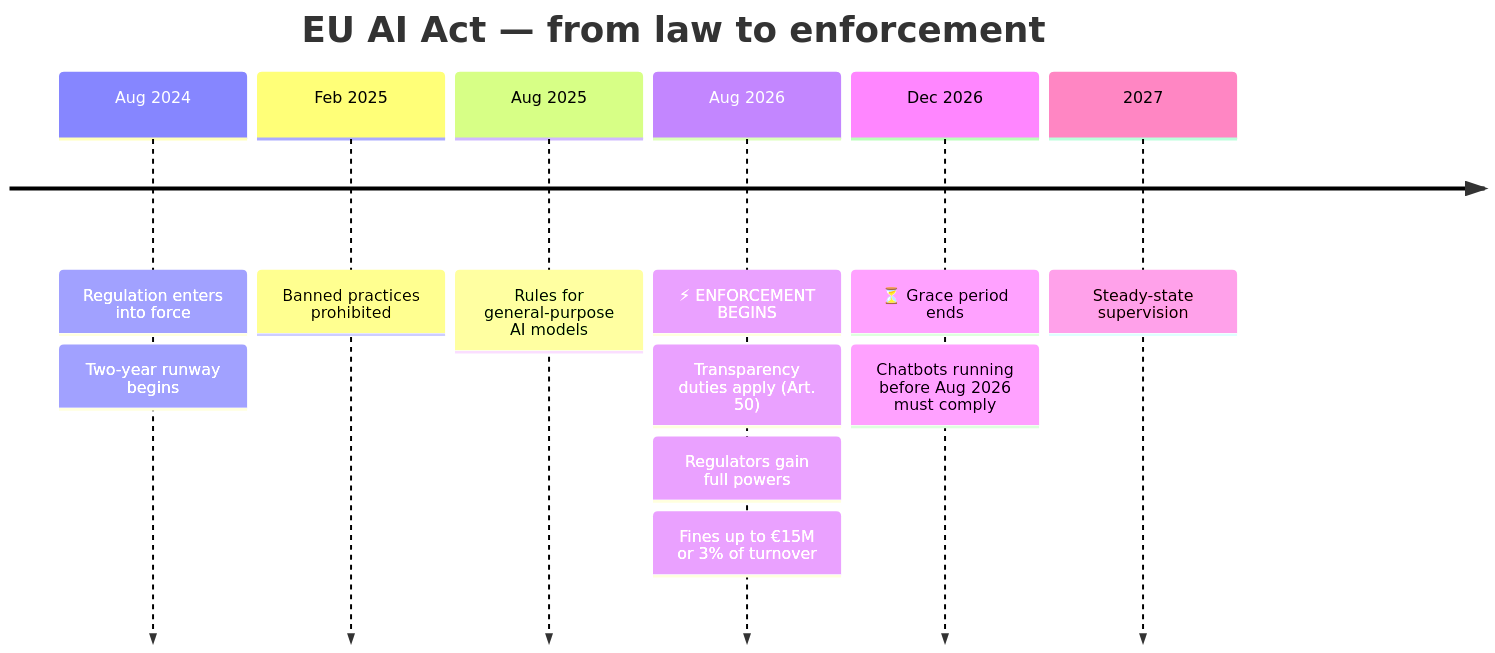
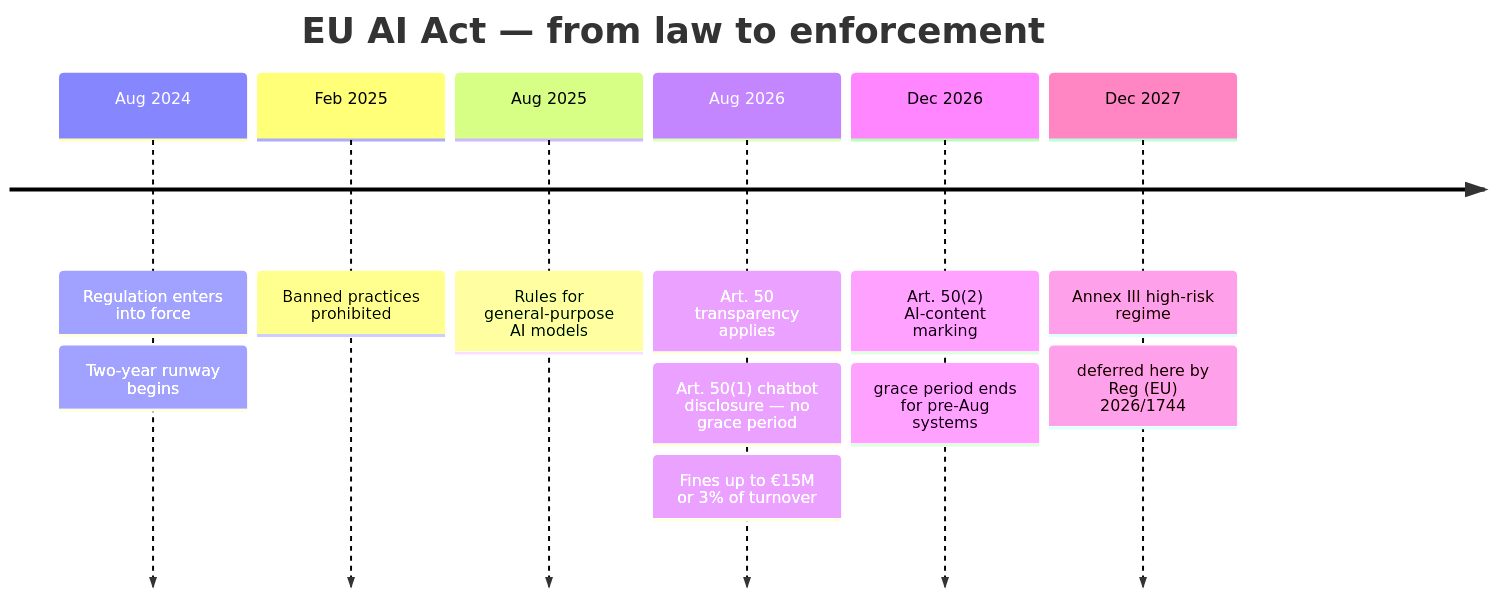
Before and after one commit to ejazfahil/Universal_Sales_Agent_Multi_Tenant: the first of 12 diagrams in README.md, drawn with Mermaid. The commit also changed other lines of this file, not shown here.

````diff
--- a/README.md
+++ b/README.md
@@ -80,15 +80,15 @@
 ```mermaid
 timeline
     title EU AI Act — from law to enforcement
     Aug 2024 : Regulation enters into force
              : Two-year runway begins
     Feb 2025 : Banned practices prohibited
     Aug 2025 : Rules for general-purpose AI models
-    Aug 2026 : ⚡ ENFORCEMENT BEGINS
-             : Transparency duties apply (Art. 50)
-             : Regulators gain full powers
+    Aug 2026 : Art. 50 transparency applies
+             : Art. 50(1) chatbot disclosure — no grace period
              : Fines up to €15M or 3% of turnover
-    Dec 2026 : ⏳ Grace period ends
-             : Chatbots running before Aug 2026 must comply
-    2027     : Steady-state supervision
+    Dec 2026 : Art. 50(2) AI-content marking
+             : grace period ends for pre-Aug systems
+    Dec 2027 : Annex III high-risk regime
+             : deferred here by Reg (EU) 2026/1744
 ```
````
